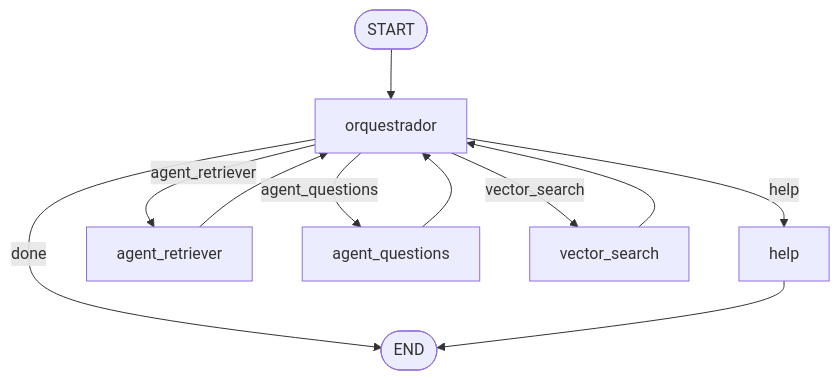
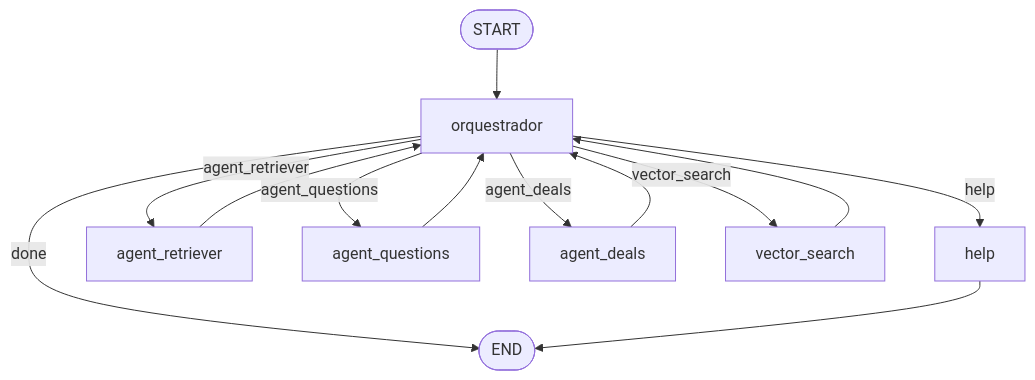
One commit to aka-nio/AgentOps changed the diagram in ml_agents/docs/README.md. Above: the diagram before and after it, drawn with Mermaid. The commit also changed other lines of this file and 24 other files, not shown here.

````diff
--- a/ml_agents/docs/README.md
+++ b/ml_agents/docs/README.md
@@ -7,13 +7,15 @@
 ```mermaid
 flowchart TB
   START([START]) --> orquestrador[orquestrador]
   orquestrador -->|help| help[help]
   orquestrador -->|agent_retriever| agent_retriever[agent_retriever]
   orquestrador -->|agent_questions| agent_questions[agent_questions]
+  orquestrador -->|agent_deals| agent_deals[agent_deals]
   orquestrador -->|vector_search| vector_search[vector_search]
   orquestrador -->|done| END([END])
   help --> END
   agent_retriever --> orquestrador
   agent_questions --> orquestrador
+  agent_deals --> orquestrador
   vector_search --> orquestrador
 ```
````
